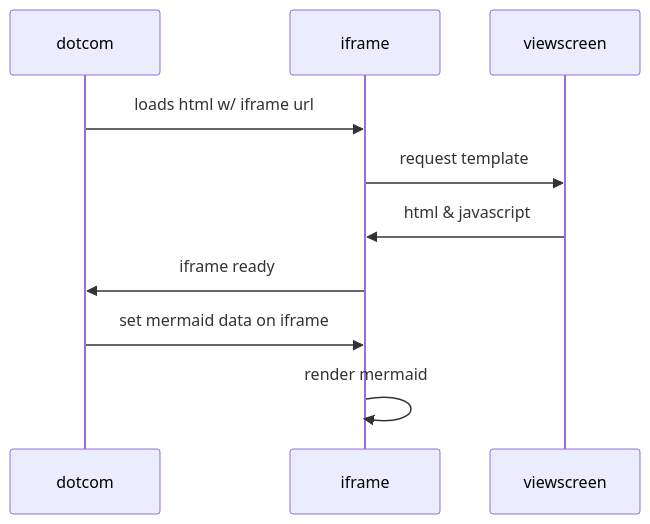
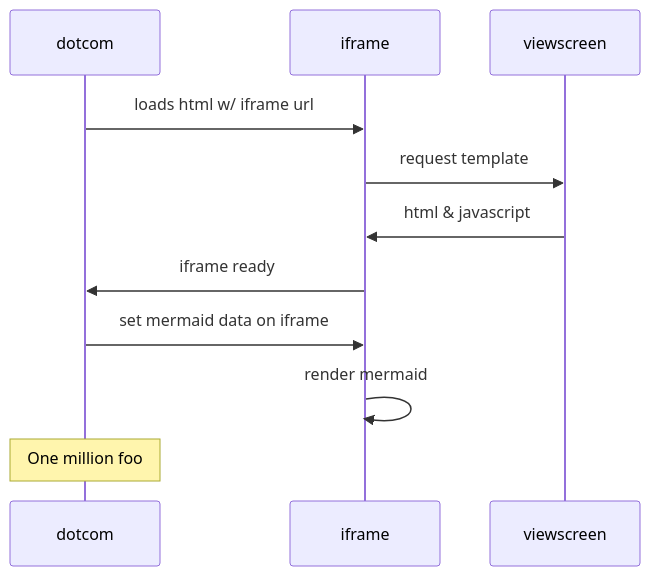
Before and after one commit to SchrodtSven/Langelinie: the diagram in src/self/mermaid.md, drawn with Mermaid. The commit also changed other lines of this file and 2 other files, not shown here.

````diff
--- a/src/self/mermaid.md
+++ b/src/self/mermaid.md
@@ -4,13 +4,15 @@
 ```mermaid 
 sequenceDiagram
     participant dotcom
     participant iframe
     participant viewscreen
     dotcom->>iframe: loads html w/ iframe url
     iframe->>viewscreen: request template
     viewscreen->>iframe: html & javascript
     iframe->>dotcom: iframe ready
     dotcom->>iframe: set mermaid data on iframe
     iframe->>iframe: render mermaid
 
+    note over dotcom:One million foo
+ 
 ```
````
